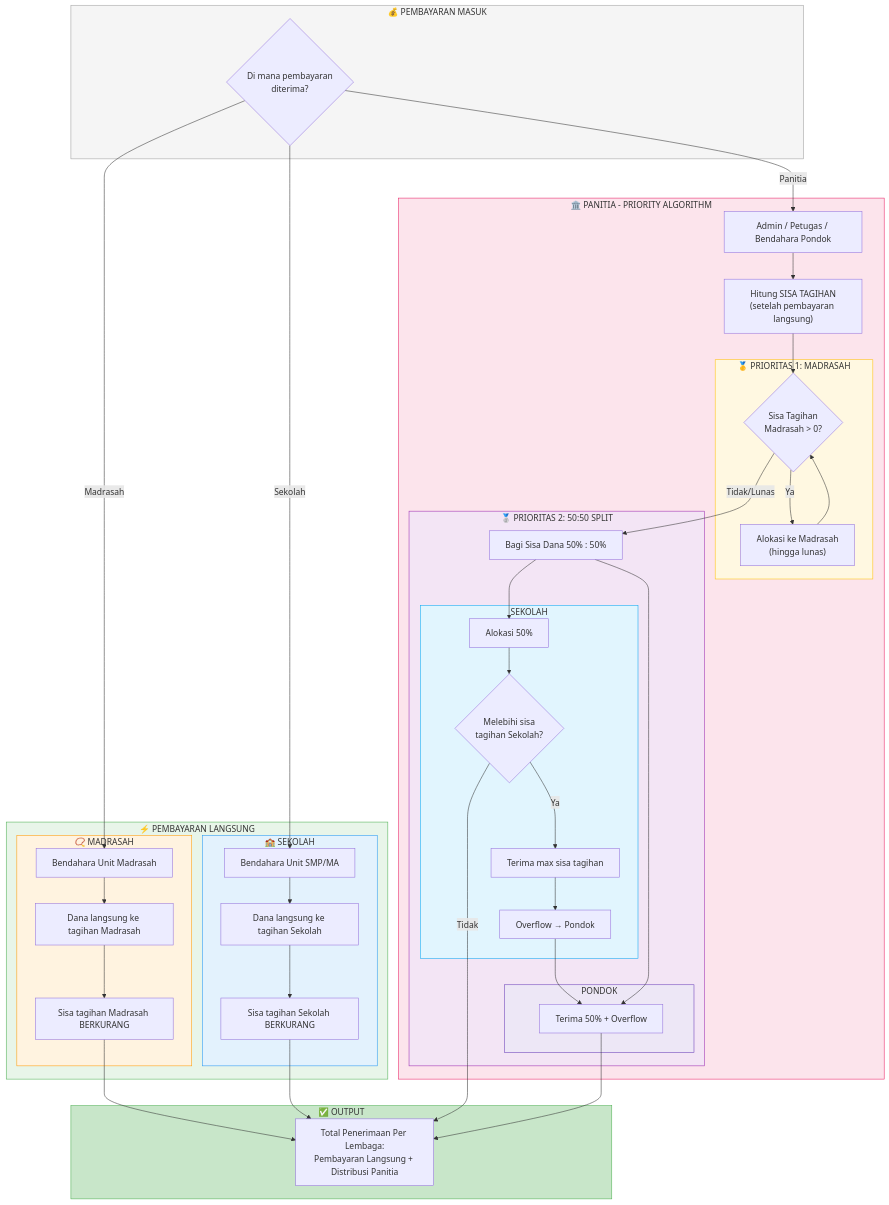
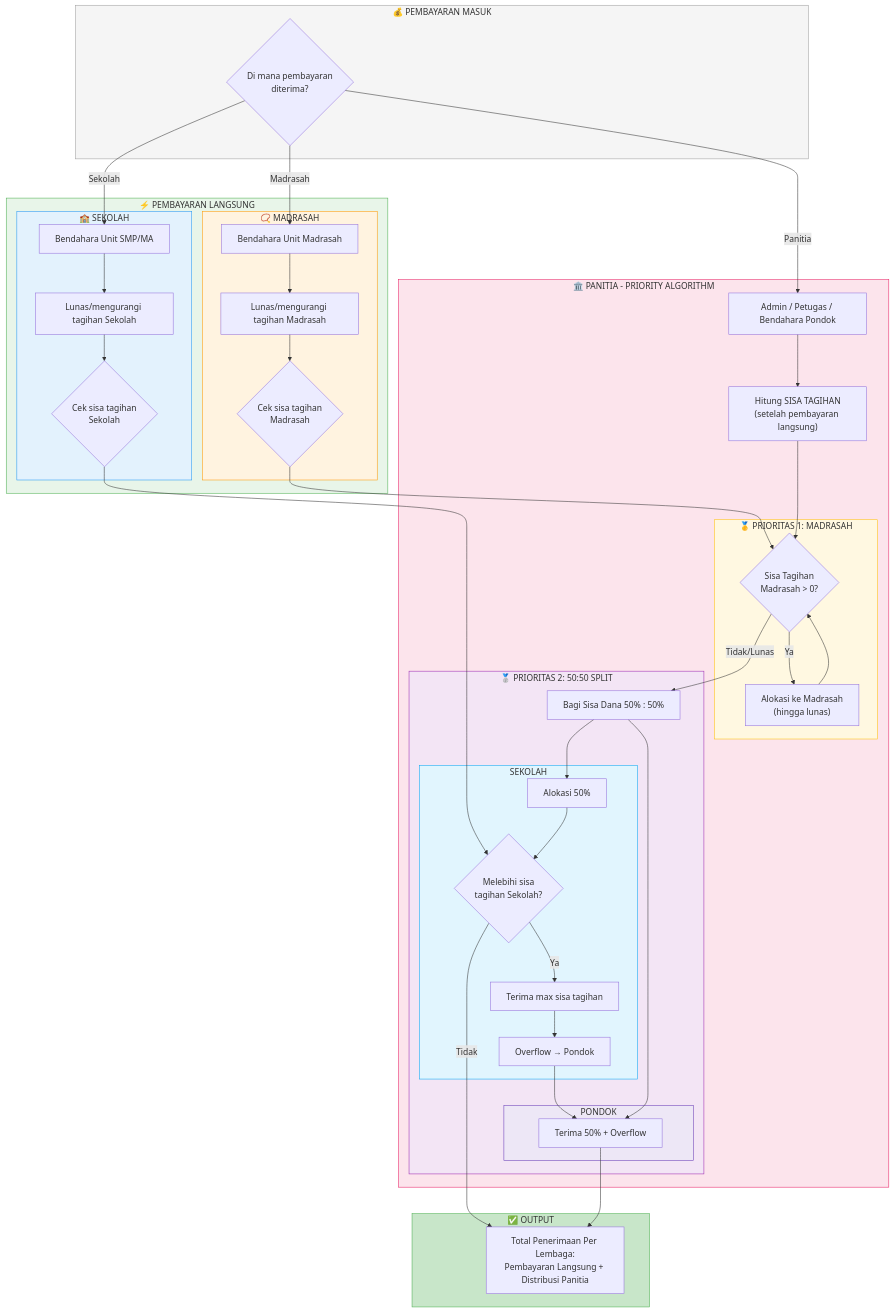
Before and after one commit to mfauzanhanif/psb: the diagram in docs/PRIORITY_ALGORITHM.md, drawn with Mermaid.

Commit message:
update dokumentasi

````diff
--- a/docs/PRIORITY_ALGORITHM.md
+++ b/docs/PRIORITY_ALGORITHM.md
@@ -14,80 +14,80 @@
 ```mermaid
 flowchart TD
     subgraph INPUT["💰 PEMBAYARAN MASUK"]
         A{"Di mana pembayaran<br/>diterima?"}
     end
 
     subgraph DIRECT["⚡ PEMBAYARAN LANGSUNG"]
         subgraph MADRASAH_DIRECT["📿 MADRASAH"]
             E["Bendahara Unit Madrasah"]
-            E1["Dana langsung ke tagihan Madrasah"]
-            E2["Sisa tagihan Madrasah BERKURANG"]
+            E1["Lunas/mengurangi tagihan Madrasah"]
+            E2{"Cek sisa tagihan<br/>Madrasah"}
         end
         
         subgraph SEKOLAH_DIRECT["🏫 SEKOLAH"]
             H["Bendahara Unit SMP/MA"]
-            H1["Dana langsung ke tagihan Sekolah"]
-            H2["Sisa tagihan Sekolah BERKURANG"]
+            H1["Lunas/mengurangi tagihan Sekolah"]
+            H2{"Cek sisa tagihan<br/>Sekolah"}
         end
     end
 
     subgraph PANITIA["🏛️ PANITIA - PRIORITY ALGORITHM"]
         B["Admin / Petugas / Bendahara Pondok"]
         B1["Hitung SISA TAGIHAN<br/>(setelah pembayaran langsung)"]
         
         subgraph PRIORITY1["🥇 PRIORITAS 1: MADRASAH"]
             C{"Sisa Tagihan<br/>Madrasah > 0?"}
             C1["Alokasi ke Madrasah<br/>(hingga lunas)"]
         end
         
         subgraph PRIORITY2["🥈 PRIORITAS 2: 50:50 SPLIT"]
             D["Bagi Sisa Dana 50% : 50%"]
             
             subgraph SEKOLAH_SPLIT["SEKOLAH"]
                 D1["Alokasi 50%"]
                 D2{"Melebihi sisa<br/>tagihan Sekolah?"}
                 D3["Terima max sisa tagihan"]
                 D4["Overflow → Pondok"]
             end
             
             subgraph PONDOK_SPLIT["PONDOK"]
                 D5["Terima 50% + Overflow"]
             end
         end
     end
 
     subgraph OUTPUT["✅ OUTPUT"]
         N["Total Penerimaan Per Lembaga:<br/>Pembayaran Langsung + Distribusi Panitia"]
     end
 
     A -->|Madrasah| E
     A -->|Sekolah| H
     A -->|Panitia| B
     
-    E --> E1 --> E2 --> N
-    H --> H1 --> H2 --> N
+    E --> E1 --> E2 --> C
+    H --> H1 --> H2 --> D2
     
     B --> B1 --> C
     C -->|Ya| C1
     C1 --> C
     C -->|Tidak/Lunas| D
     
     D --> D1
     D1 --> D2
     D2 -->|Ya| D3 --> D4
     D2 -->|Tidak| N
     D4 --> D5
     D --> D5
     D5 --> N
 
     style INPUT fill:#f5f5f5,stroke:#9e9e9e
     style DIRECT fill:#e8f5e9,stroke:#4caf50
     style MADRASAH_DIRECT fill:#fff3e0,stroke:#ff9800
     style SEKOLAH_DIRECT fill:#e3f2fd,stroke:#2196f3
     style PANITIA fill:#fce4ec,stroke:#e91e63
     style PRIORITY1 fill:#fff8e1,stroke:#ffc107
     style PRIORITY2 fill:#f3e5f5,stroke:#9c27b0
     style SEKOLAH_SPLIT fill:#e1f5fe,stroke:#03a9f4
     style PONDOK_SPLIT fill:#ede7f6,stroke:#673ab7
     style OUTPUT fill:#c8e6c9,stroke:#4caf50
 ```
````
